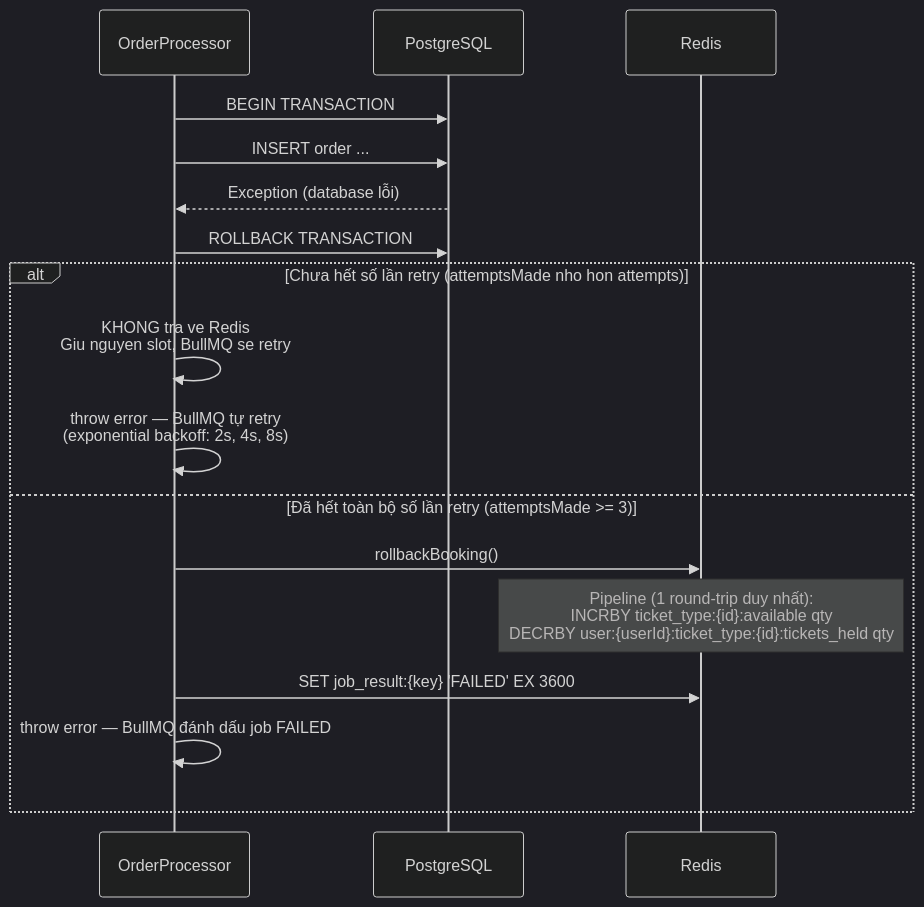
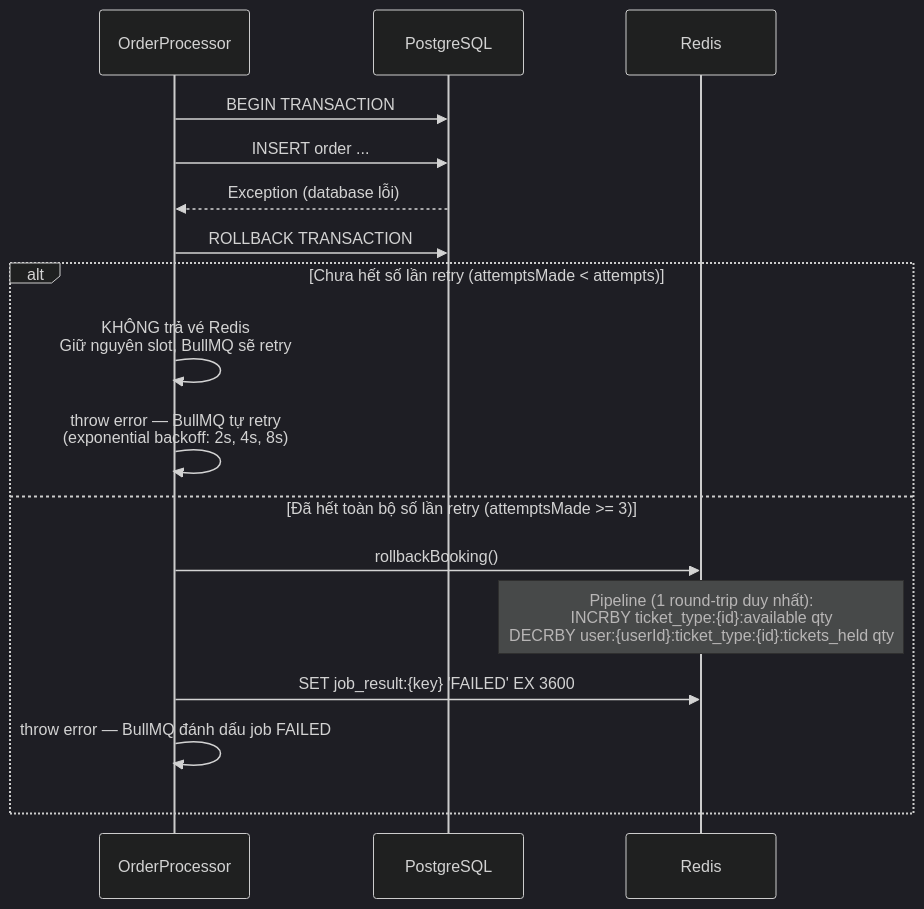
Before and after one commit to dorayakiiiiz/ticket-box: the fifth of 6 diagrams in blueprint/specs/booking.md, drawn with Mermaid (dark theme). The commit also changed other lines of this file and 3 other files, not shown here.

````diff
--- a/blueprint/specs/booking.md
+++ b/blueprint/specs/booking.md
@@ -320,22 +292,22 @@
 ```mermaid
 sequenceDiagram
     participant W as OrderProcessor
     participant DB as PostgreSQL
     participant R as Redis
 
     W->>DB: BEGIN TRANSACTION
     W->>DB: INSERT order ...
     DB-->>W: Exception (database lỗi)
 
     W->>DB: ROLLBACK TRANSACTION
 
-    alt Chưa hết số lần retry (attemptsMade nho hon attempts)
-        W->>W: KHONG tra ve Redis<br/>Giu nguyen slot, BullMQ se retry
+    alt Chưa hết số lần retry (attemptsMade < attempts)
+        W->>W: KHÔNG trả vé Redis<br/>Giữ nguyên slot, BullMQ sẽ retry
         W->>W: throw error — BullMQ tự retry<br/>(exponential backoff: 2s, 4s, 8s)
     else Đã hết toàn bộ số lần retry (attemptsMade >= 3)
         W->>R: rollbackBooking()
         Note over R: Pipeline (1 round-trip duy nhất):<br/>INCRBY ticket_type:{id}:available qty<br/>DECRBY user:{userId}:ticket_type:{id}:tickets_held qty
         W->>R: SET job_result:{key} 'FAILED' EX 3600
         W->>W: throw error — BullMQ đánh dấu job FAILED
     end
 ```
````
